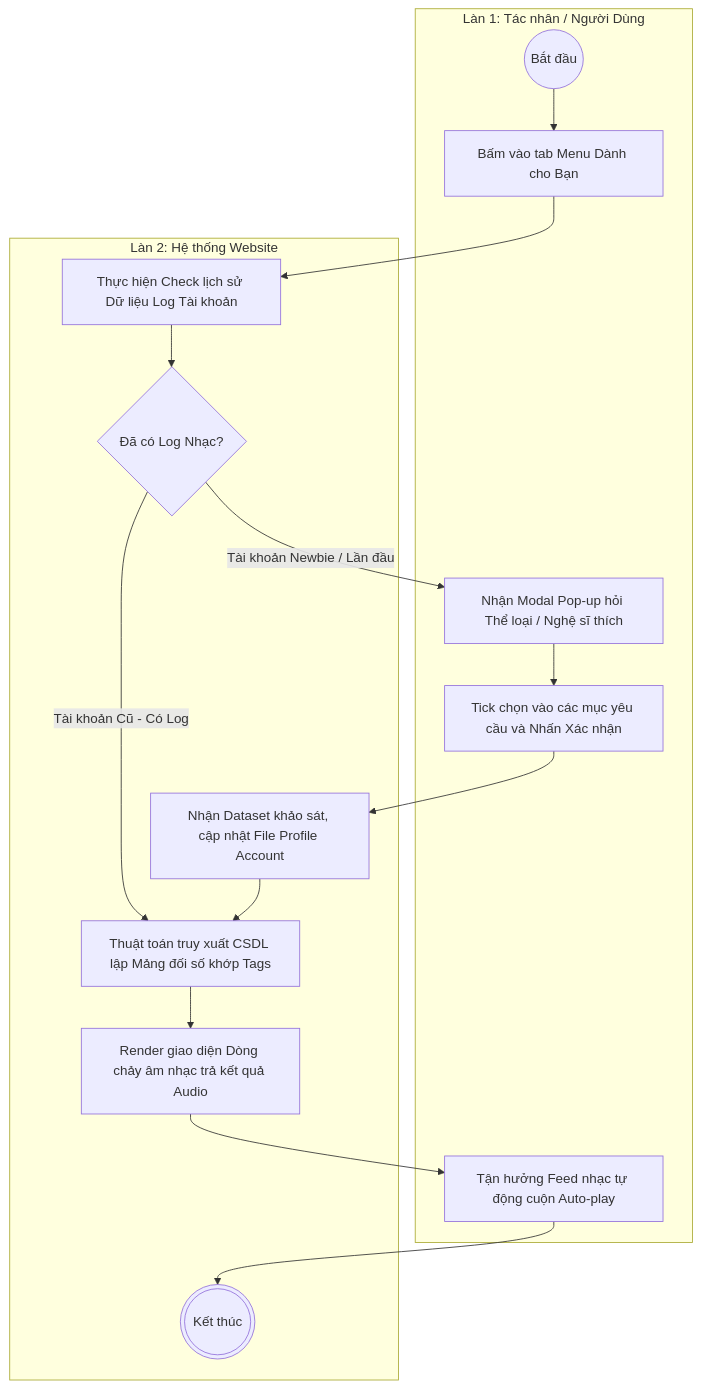
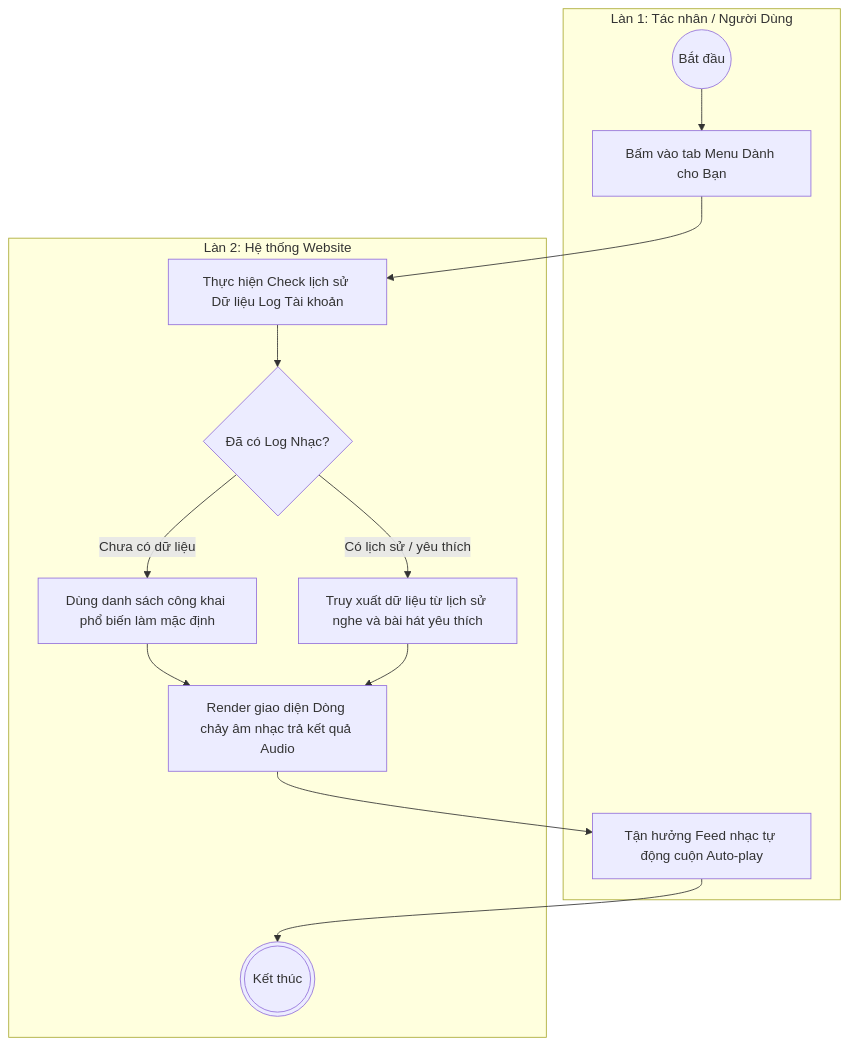
The ninth of 19 diagrams in Tài Liệu/SDD.md (NguyenThaiVinh0494/DACNPM_OnlineMusicStreamingWebsite), drawn with Mermaid before and after one commit. The commit also changed other lines of this file and 61 other files, not shown here.

````diff
--- a/Tài Liệu/SDD.md
+++ b/Tài Liệu/SDD.md
@@ -493,31 +498,27 @@
 ```mermaid
 flowchart TD
     subgraph Lane1 ["Làn 1: Tác nhân / Người Dùng"]
         Start8(("Bắt đầu"))
         A8["Bấm vào tab Menu Dành cho Bạn"]
-        D8["Nhận Modal Pop-up hỏi Thể loại / Nghệ sĩ thích"]
-        E8["Tick chọn vào các mục yêu cầu và Nhấn Xác nhận"]
         H8["Tận hưởng Feed nhạc tự động cuộn Auto-play"]
     end
 
     subgraph Lane2 ["Làn 2: Hệ thống Website"]
         B8["Thực hiện Check lịch sử Dữ liệu Log Tài khoản"]
         C8{"Đã có Log Nhạc?"}
-        F8["Nhận Dataset khảo sát, cập nhật File Profile Account"]
-        G8["Thuật toán truy xuất CSDL lập Mảng đối số khớp Tags"]
+        F8["Dùng danh sách công khai phổ biến làm mặc định"]
+        G8["Truy xuất dữ liệu từ lịch sử nghe và bài hát yêu thích"]
         I8["Render giao diện Dòng chảy âm nhạc trả kết quả Audio"]
         End8((("Kết thúc")))
     end
 
     Start8 --> A8
     A8 --> B8
     B8 --> C8
-    C8 -->|"Tài khoản Newbie / Lần đầu"| D8
-    D8 --> E8
-    E8 --> F8
-    F8 --> G8
-    C8 -->|"Tài khoản Cũ - Có Log"| G8
+    C8 -->|"Chưa có dữ liệu"| F8
+    F8 --> I8
+    C8 -->|"Có lịch sử / yêu thích"| G8
     G8 --> I8
     I8 --> H8
     H8 --> End8
 ```
````
